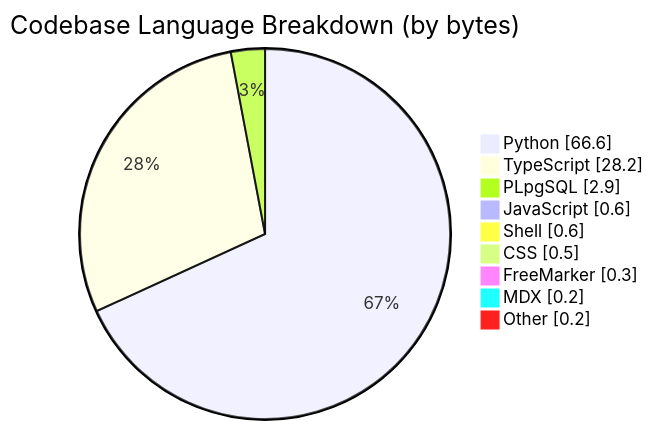
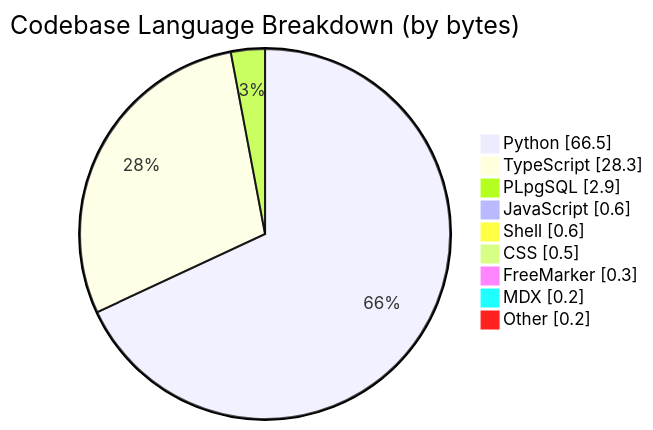
One commit to CSTH-Projects/.github changed the third of 4 diagrams in profile/README.md. Above: the diagram before and after it, drawn with Mermaid. The commit also changed other lines of this file, not shown here.

````diff
--- a/profile/README.md
+++ b/profile/README.md
@@ -63,13 +63,13 @@
 ```mermaid
 pie showData
     title Codebase Language Breakdown (by bytes)
-    "Python" : 66.6
-    "TypeScript" : 28.2
+    "Python" : 66.5
+    "TypeScript" : 28.3
     "PLpgSQL" : 2.9
     "JavaScript" : 0.6
     "Shell" : 0.6
     "CSS" : 0.5
     "FreeMarker" : 0.3
     "MDX" : 0.2
     "Other" : 0.2
 ```
````
